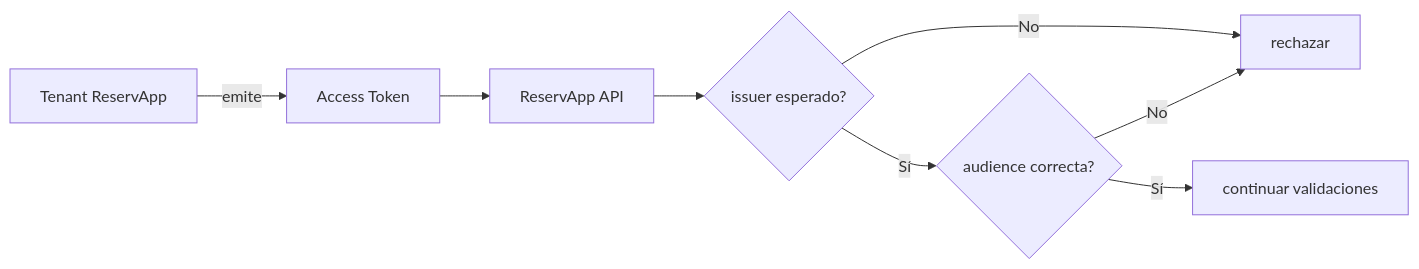
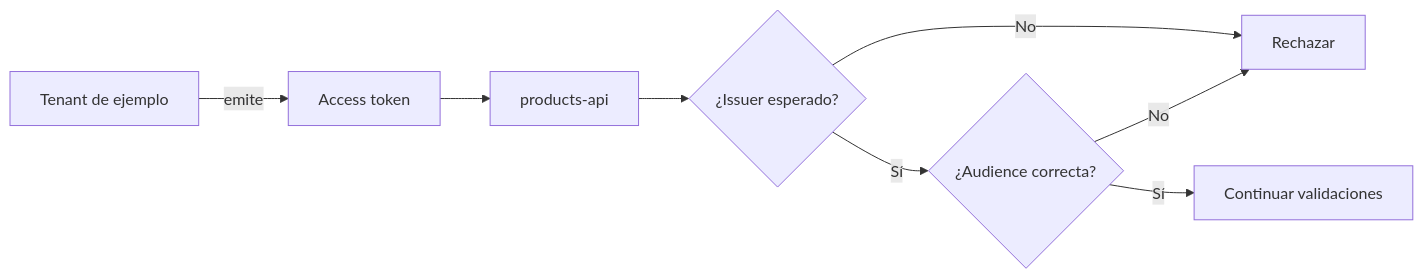
One commit to cmartinezs/DSY1107-DESARROLLO-CLOUD-NATIVE-I-2026-2 changed the diagram in semanas/semana-02/03-configurando-tenant/01-frontera-de-confianza.md. Above: the diagram before and after it, drawn with Mermaid. The commit also changed other lines of this file, not shown here.

Commit message:
docs: make trust-boundary deepening generic and Mermaid-safe

````diff
--- a/semanas/semana-02/03-configurando-tenant/01-frontera-de-confianza.md
+++ b/semanas/semana-02/03-configurando-tenant/01-frontera-de-confianza.md
@@ -23,10 +25,10 @@
 ```mermaid
 flowchart LR
-    T[Tenant ReservApp] -->|emite| TOKEN[Access Token]
-    TOKEN --> API[ReservApp API]
-    API --> I{issuer esperado?}
-    I -- No --> X[rechazar]
-    I -- Sí --> A{audience correcta?}
-    A -- No --> X
-    A -- Sí --> P[continuar validaciones]
+    T["Tenant de ejemplo"] -->|"emite"| TOKEN["Access token"]
+    TOKEN --> API["products-api"]
+    API --> I{"¿Issuer esperado?"}
+    I -->|"No"| X["Rechazar"]
+    I -->|"Sí"| A{"¿Audience correcta?"}
+    A -->|"No"| X
+    A -->|"Sí"| P["Continuar validaciones"]
 ```
````
